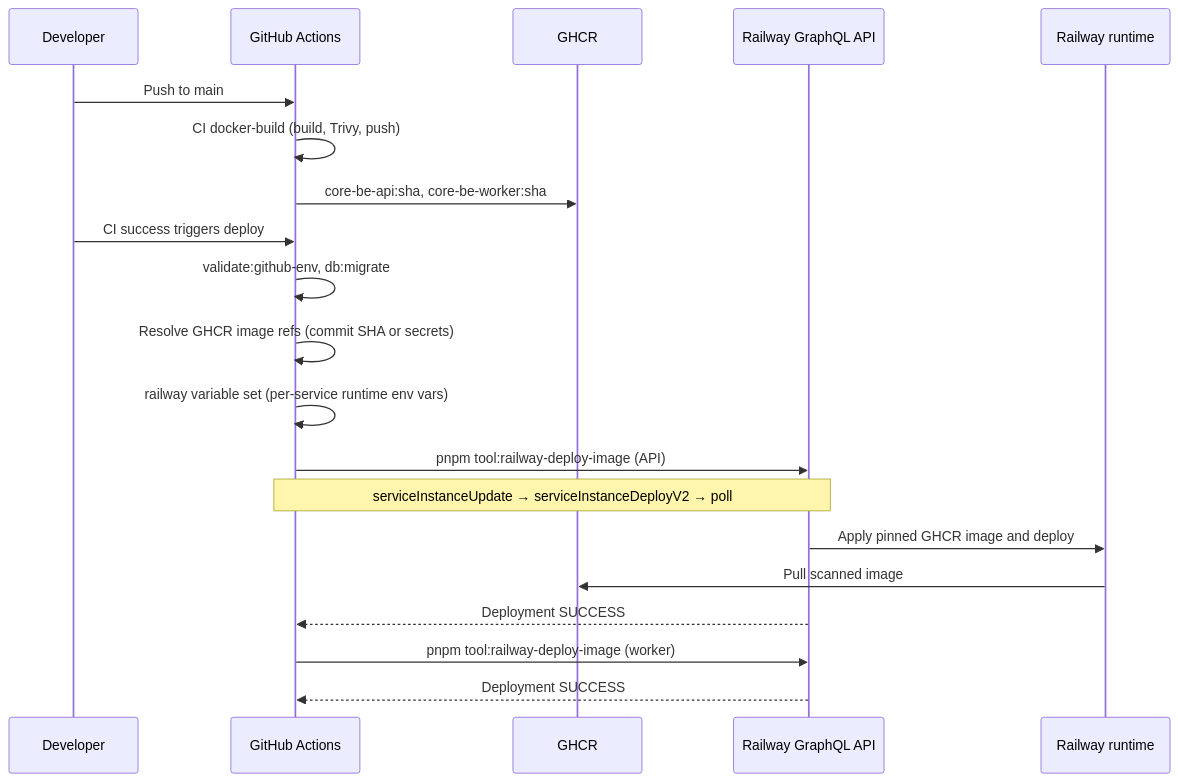
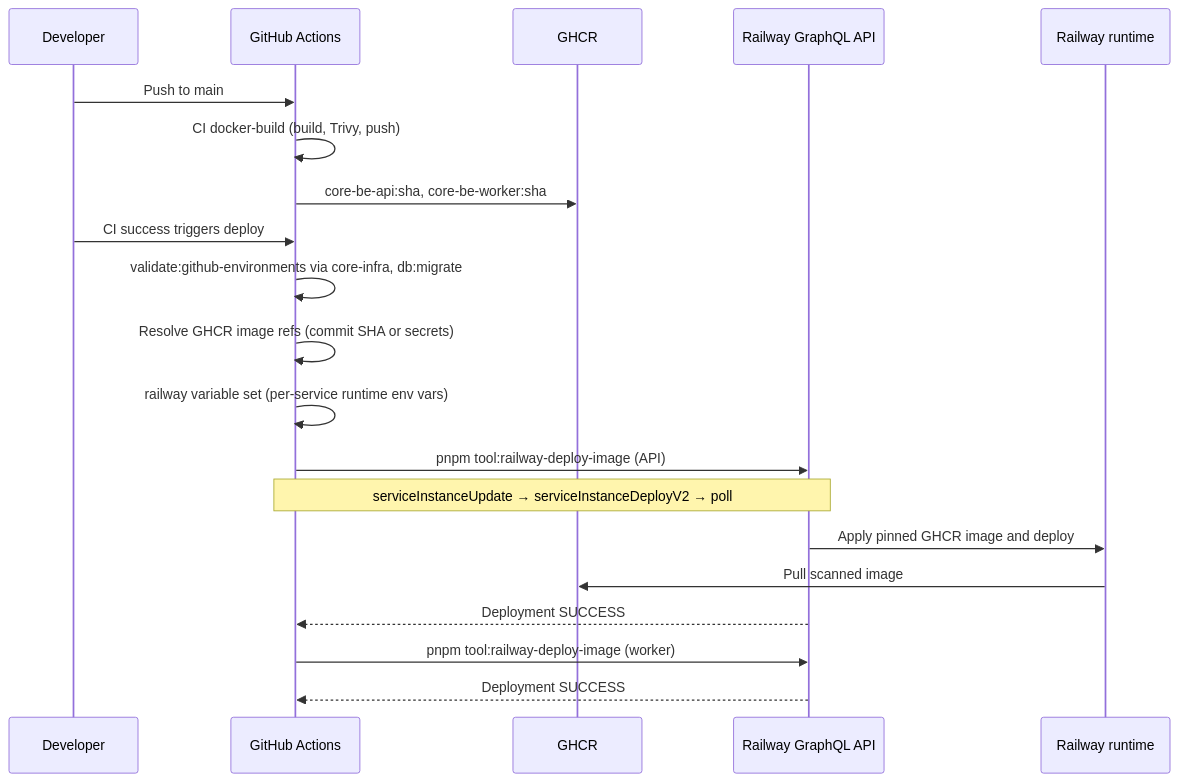
One commit to nikunjmavani/core-be changed the fourth of 6 diagrams in docs/deployment/ci-cd/cicd-and-deployment.md. Above: the diagram before and after it, drawn with Mermaid. The commit also changed other lines of this file and 16 other files, not shown here.

First line of the commit message:
docs(core-infra): frame extracted provisioning commands across all remaining docs (#943)

````diff
--- a/docs/deployment/ci-cd/cicd-and-deployment.md
+++ b/docs/deployment/ci-cd/cicd-and-deployment.md
@@ -196,23 +196,23 @@
 ```mermaid
 sequenceDiagram
   participant Dev as Developer
   participant GH as GitHub Actions
   participant GHCR as GHCR
   participant RailwayAPI as Railway GraphQL API
   participant Railway as Railway runtime
 
   Dev->>GH: Push to main
   GH->>GH: CI docker-build (build, Trivy, push)
   GH->>GHCR: core-be-api:sha, core-be-worker:sha
   Dev->>GH: CI success triggers deploy
-  GH->>GH: validate:github-env, db:migrate
+  GH->>GH: validate:github-environments via core-infra, db:migrate
   GH->>GH: Resolve GHCR image refs (commit SHA or secrets)
   GH->>GH: railway variable set (per-service runtime env vars)
   GH->>RailwayAPI: pnpm tool:railway-deploy-image (API)
   Note over GH,RailwayAPI: serviceInstanceUpdate → serviceInstanceDeployV2 → poll
   RailwayAPI->>Railway: Apply pinned GHCR image and deploy
   Railway->>GHCR: Pull scanned image
   RailwayAPI-->>GH: Deployment SUCCESS
   GH->>RailwayAPI: pnpm tool:railway-deploy-image (worker)
   RailwayAPI-->>GH: Deployment SUCCESS
 ```
````
